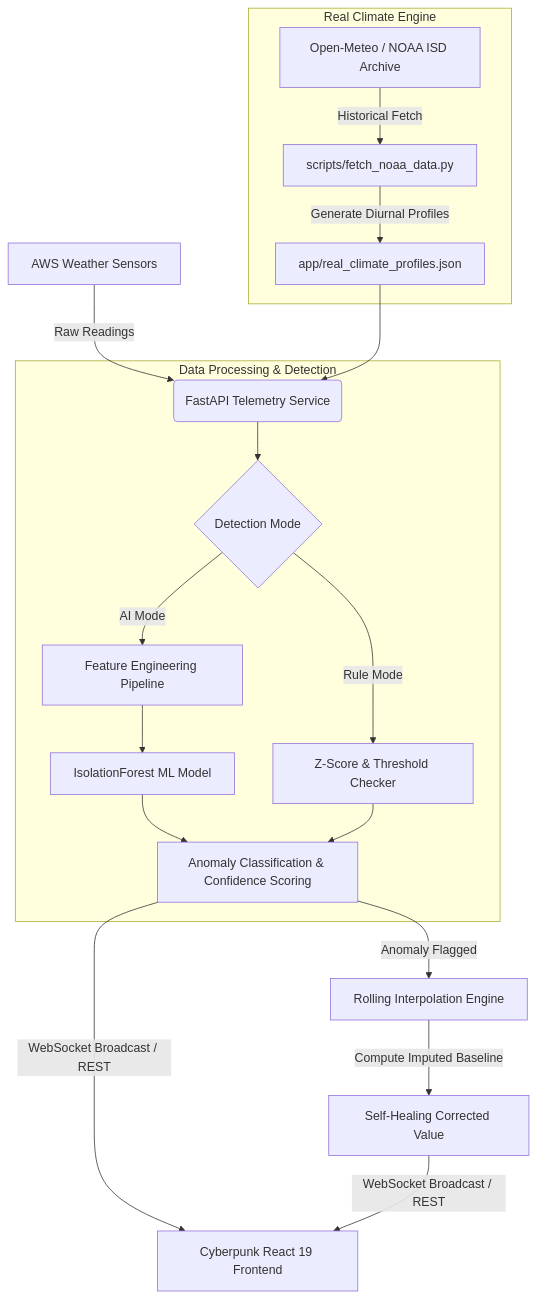
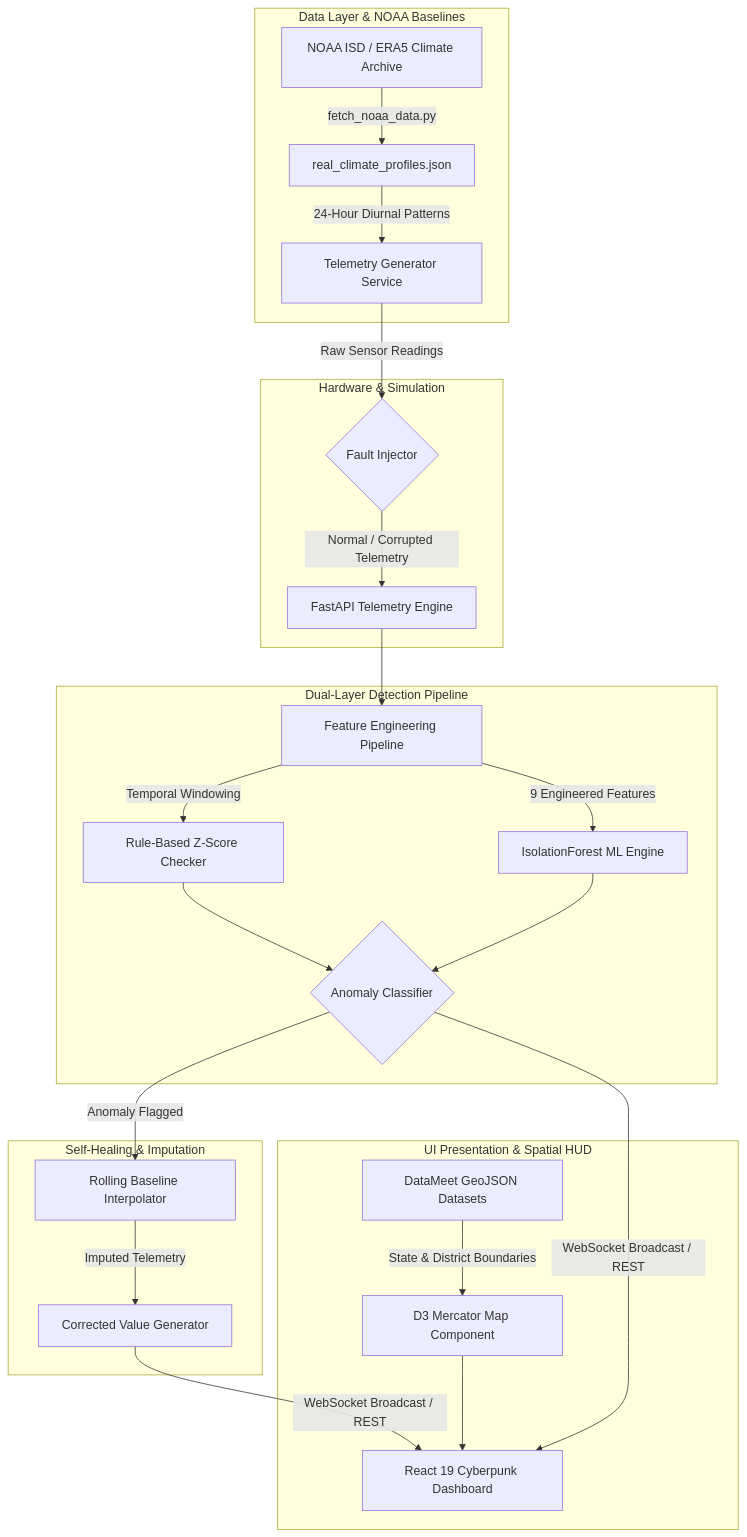
The diagram in README.md (aadi-learner77/sih_2026), drawn with Mermaid before and after one commit. The commit also changed other lines of this file, not shown here.

Commit message:
docs: update README with detailed system showcase, architecture, and operational scenarios

````diff
--- a/README.md
+++ b/README.md
@@ -39,25 +54,32 @@
 ```mermaid
 graph TD
-    A[AWS Weather Sensors] -->|Raw Readings| B(FastAPI Telemetry Service)
-    
-    subgraph Data Processing & Detection
-        B --> C{Detection Mode}
-        C -->|Rule Mode| D[Z-Score & Threshold Checker]
-        C -->|AI Mode| E[Feature Engineering Pipeline]
-        E --> F[IsolationForest ML Model]
-        F --> G[Anomaly Classification & Confidence Scoring]
-        D --> G
+    subgraph Data Layer & NOAA Baselines
+        A[NOAA ISD / ERA5 Climate Archive] -->|fetch_noaa_data.py| B[real_climate_profiles.json]
+        B -->|24-Hour Diurnal Patterns| C[Telemetry Generator Service]
     end
 
-    G -->|Anomaly Flagged| H[Rolling Interpolation Engine]
-    H -->|Compute Imputed Baseline| I[Self-Healing Corrected Value]
-    
-    G -->|WebSocket Broadcast / REST| J[Cyberpunk React 19 Frontend]
-    I -->|WebSocket Broadcast / REST| J
-    
-    subgraph Real Climate Engine
-        K[Open-Meteo / NOAA ISD Archive] -->|Historical Fetch| L[scripts/fetch_noaa_data.py]
-        L -->|Generate Diurnal Profiles| M[app/real_climate_profiles.json]
-        M --> B
+    subgraph Hardware & Simulation
+        C -->|Raw Sensor Readings| D{Fault Injector}
+        D -->|Normal / Corrupted Telemetry| E[FastAPI Telemetry Engine]
+    end
+
+    subgraph Dual-Layer Detection Pipeline
+        E --> F[Feature Engineering Pipeline]
+        F -->|Temporal Windowing| G[Rule-Based Z-Score Checker]
+        F -->|9 Engineered Features| H[IsolationForest ML Engine]
+        G --> I{Anomaly Classifier}
+        H --> I
+    end
+
+    subgraph Self-Healing & Imputation
+        I -->|Anomaly Flagged| J[Rolling Baseline Interpolator]
+        J -->|Imputed Telemetry| K[Corrected Value Generator]
+    end
+
+    subgraph UI Presentation & Spatial HUD
+        I -->|WebSocket Broadcast / REST| L[React 19 Cyberpunk Dashboard]
+        K -->|WebSocket Broadcast / REST| L
+        M[DataMeet GeoJSON Datasets] -->|State & District Boundaries| N[D3 Mercator Map Component]
+        N --> L
     end
 ```
````
